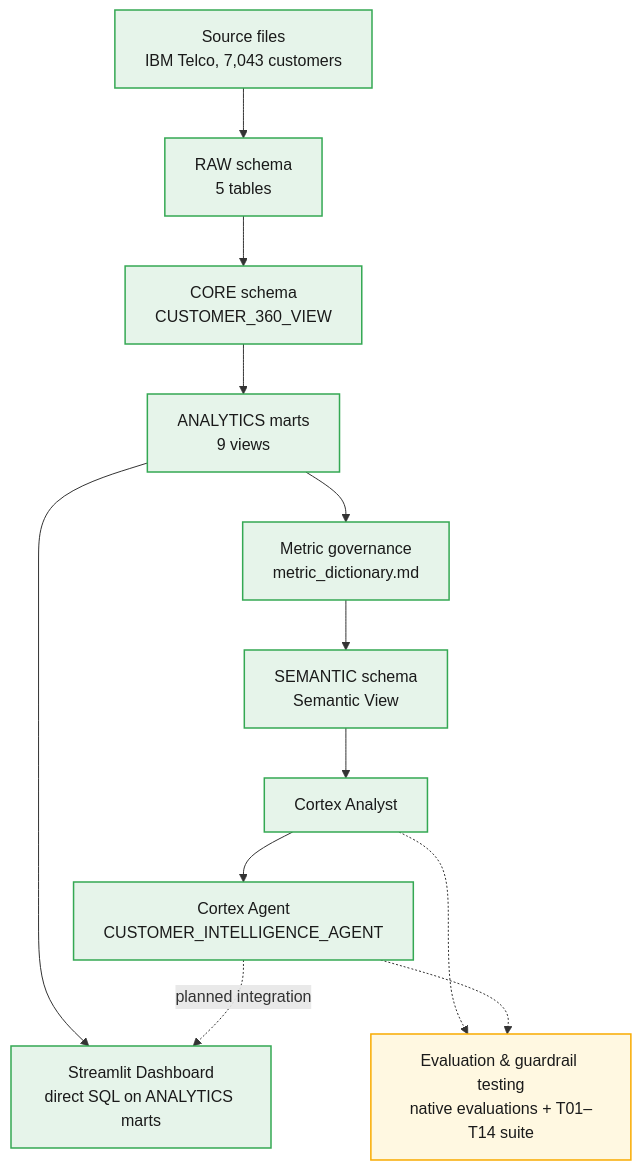
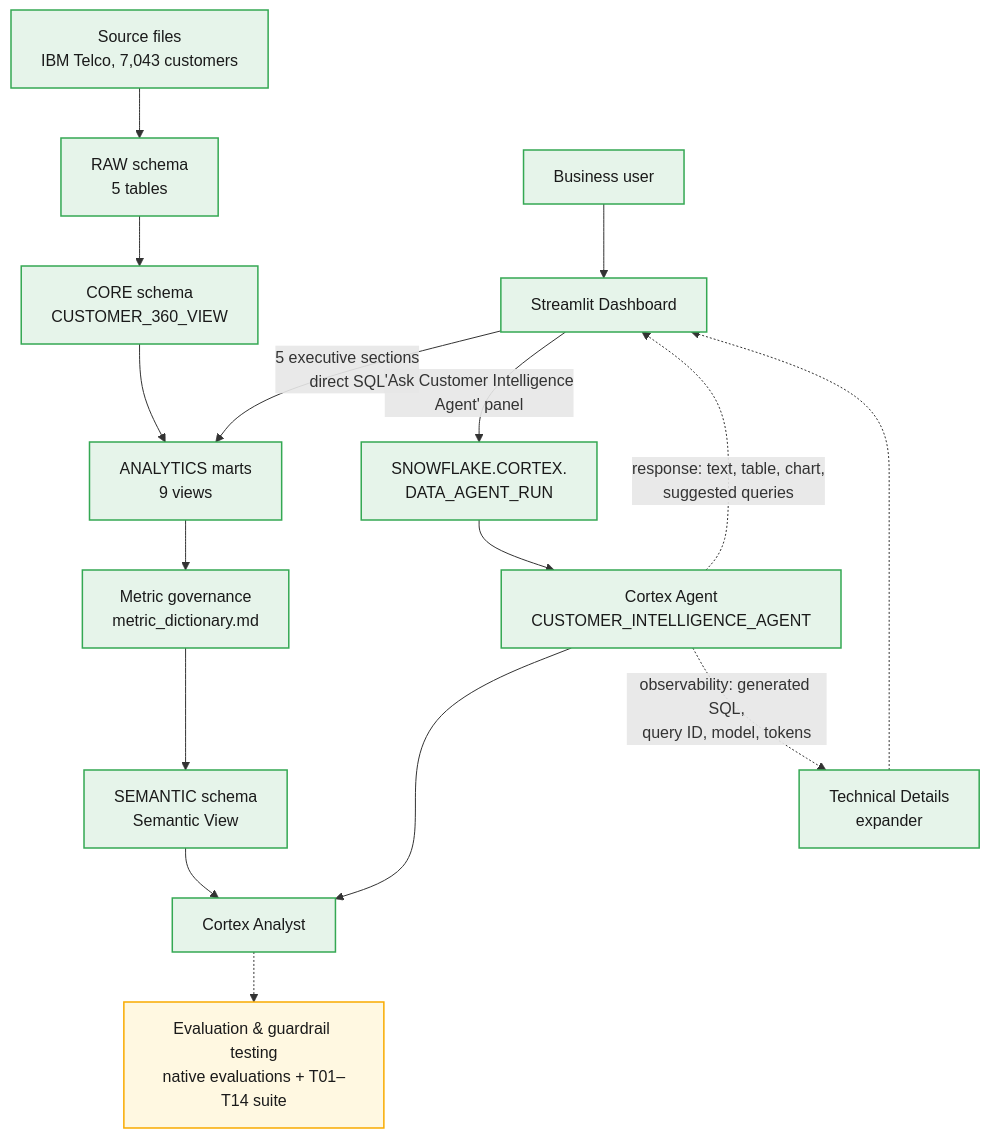
The diagram in docs/architecture.md (JuanjoChiarellaR/customer-intelligence-analytics-platform), drawn with Mermaid before and after one commit. The commit also changed other lines of this file and 18 other files, not shown here.

Commit message:
feat: integrate governed Cortex Agent into customer intelligence platform

````diff
--- a/docs/architecture.md
+++ b/docs/architecture.md
@@ -5,18 +5,22 @@
 ```mermaid
 flowchart TD
     A["Source files<br/>IBM Telco, 7,043 customers"]:::done --> B["RAW schema<br/>5 tables"]:::done
     B --> C["CORE schema<br/>CUSTOMER_360_VIEW"]:::done
     C --> D["ANALYTICS marts<br/>9 views"]:::done
     D --> E["Metric governance<br/>metric_dictionary.md"]:::done
     E --> F["SEMANTIC schema<br/>Semantic View"]:::done
     F --> G["Cortex Analyst"]:::done
-    G --> H["Cortex Agent<br/>CUSTOMER_INTELLIGENCE_AGENT"]:::done
-    D --> I["Streamlit Dashboard<br/>direct SQL on ANALYTICS marts"]:::done
-    H -. planned integration .-> I
     G -.-> X["Evaluation & guardrail testing<br/>native evaluations + T01–T14 suite"]:::partial
-    H -.-> X
+
+    U["Business user"]:::done --> S["Streamlit Dashboard"]:::done
+    S -->|"5 executive sections<br/>direct SQL"| D
+    S -->|"'Ask Customer Intelligence<br/>Agent' panel"| R["SNOWFLAKE.CORTEX.<br/>DATA_AGENT_RUN"]:::done
+    R --> H["Cortex Agent<br/>CUSTOMER_INTELLIGENCE_AGENT"]:::done
+    H --> G
+    H -.->|"response: text, table, chart,<br/>suggested queries"| S
+    H -.->|"observability: generated SQL,<br/>query ID, model, tokens"| T["Technical Details<br/>expander"]:::done
+    T -.-> S
 
     classDef done fill:#e6f4ea,stroke:#34a853,stroke-width:1.5px,color:#1a1a1a;
     classDef partial fill:#fff8e1,stroke:#f9ab00,stroke-width:1.5px,color:#1a1a1a;
-    classDef planned fill:#fef7e0,stroke:#f9ab00,stroke-width:1.5px,stroke-dasharray:5 5,color:#1a1a1a;
 ```
````
